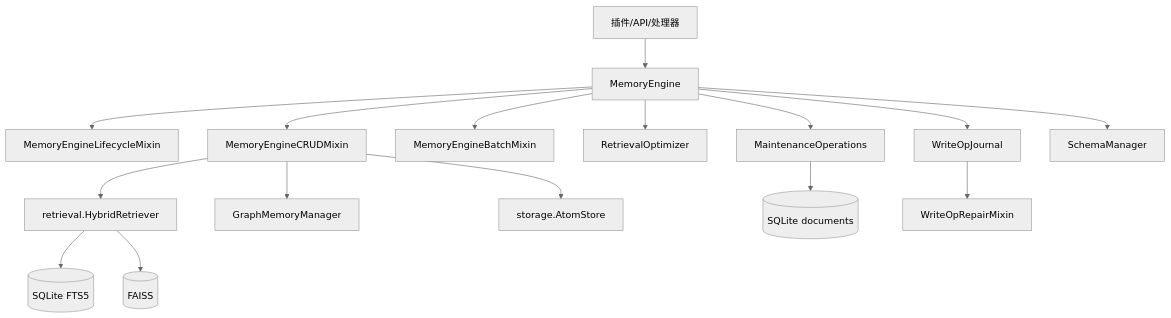
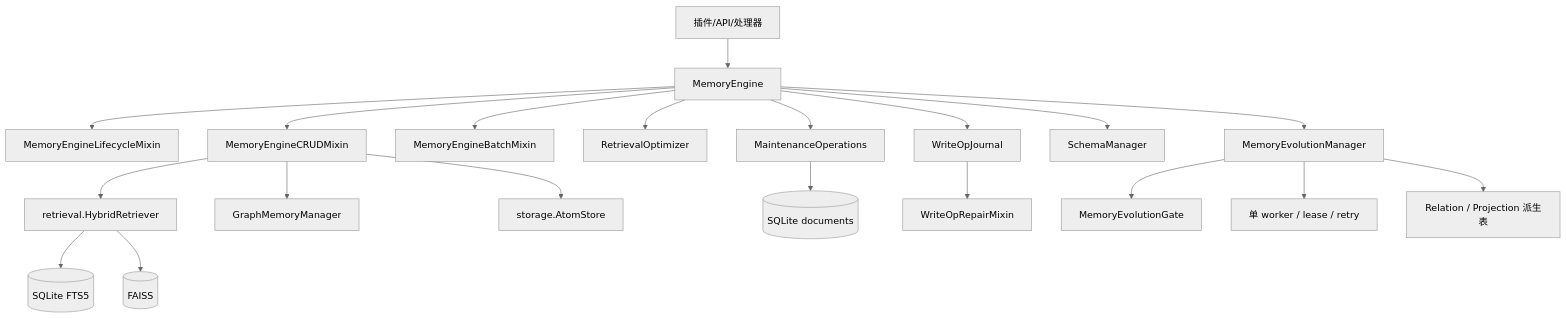
The first of 2 diagrams in core/managers/AGENTS.md (INSide-734/astrbot_plugin_memora), drawn with Mermaid (neutral theme) before and after one commit. The commit also changed other lines of this file and 16 other files, not shown here.

Commit message:
docs(agents): sync memory evolution and dashboard changes

````diff
--- a/core/managers/AGENTS.md
+++ b/core/managers/AGENTS.md
@@ -14,18 +14,22 @@
 ```mermaid
 graph TD
     Caller[插件/API/处理器] --> Engine[MemoryEngine]
     Engine --> Lifecycle[MemoryEngineLifecycleMixin]
     Engine --> CRUD[MemoryEngineCRUDMixin]
     Engine --> Batch[MemoryEngineBatchMixin]
     Engine --> Retrieval[RetrievalOptimizer]
     Engine --> Journal[WriteOpJournal]
     Engine --> Maintenance[MaintenanceOperations]
     Engine --> Schema[SchemaManager]
     CRUD --> Hybrid[retrieval.HybridRetriever]
     CRUD --> GraphMgr[GraphMemoryManager]
     CRUD --> AtomStore[storage.AtomStore]
     Maintenance --> SQLite[(SQLite documents)]
     Hybrid --> BM25[(SQLite FTS5)]
     Hybrid --> FAISS[(FAISS)]
     Journal --> Repair[WriteOpRepairMixin]
+    Engine --> Evolution[MemoryEvolutionManager]
+    Evolution --> Gate[MemoryEvolutionGate]
+    Evolution --> Worker[单 worker / lease / retry]
+    Evolution --> Derived[Relation / Projection 派生表]
 ```
````
